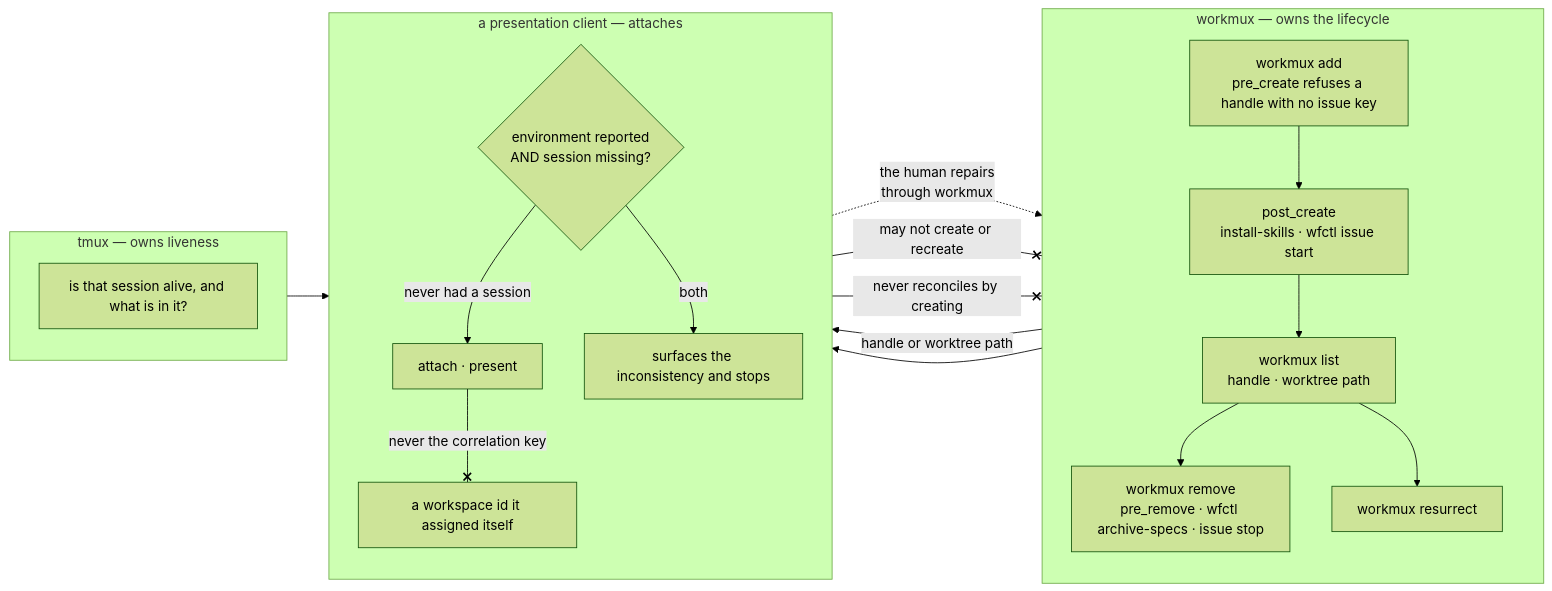
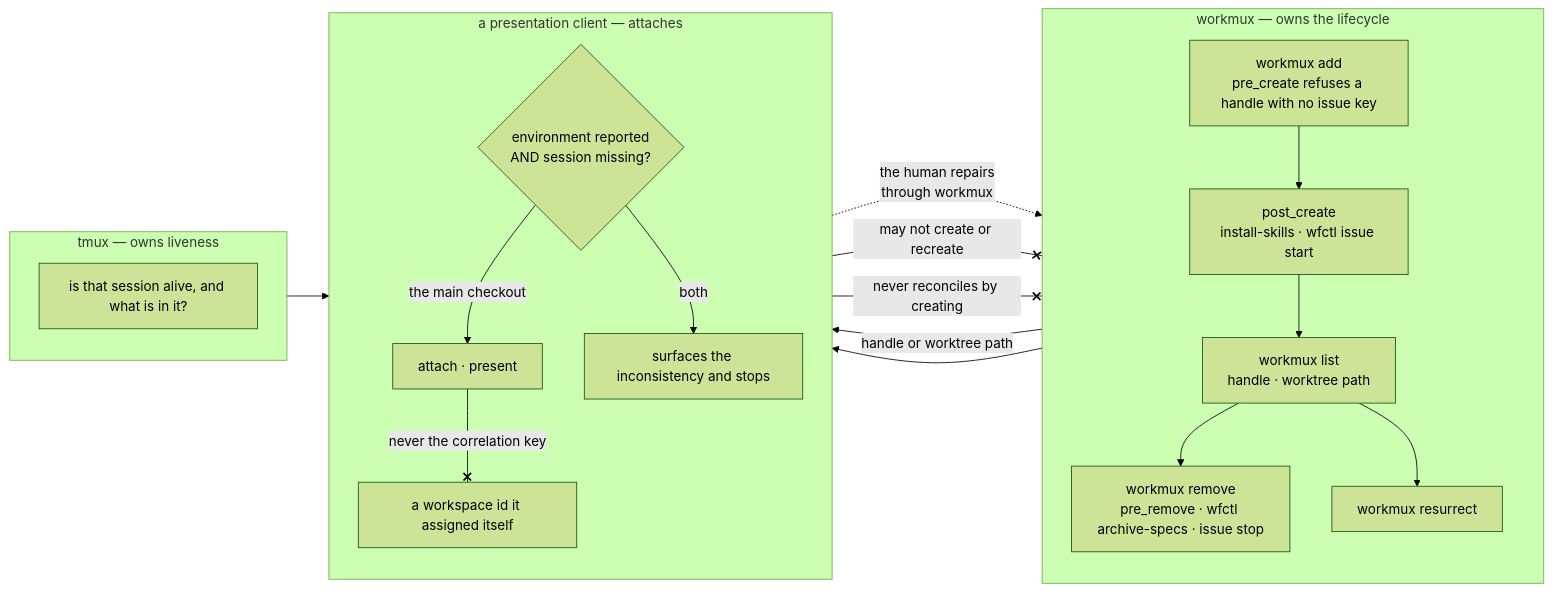
The diagram in docs/architecture/a-client-attaches-to-a-runtime-it-never-owns.md (aamarin/wfctl), drawn with Mermaid (forest theme) before and after one commit. The commit also changed other lines of this file, not shown here.

````diff
--- a/docs/architecture/a-client-attaches-to-a-runtime-it-never-owns.md
+++ b/docs/architecture/a-client-attaches-to-a-runtime-it-never-owns.md
@@ -138,33 +144,33 @@
 ```mermaid
 flowchart LR
     subgraph workmux["workmux — owns the lifecycle"]
         direction TB
         C["workmux add<br>pre_create refuses a handle with no issue key"]
         P["post_create<br>install-skills · wfctl issue start"]
         L["workmux list<br>handle · worktree path"]
         R["workmux remove<br>pre_remove · wfctl archive-specs · issue stop"]
         V["workmux resurrect"]
         C --> P --> L --> R
         L --> V
     end
     subgraph tmux["tmux — owns liveness"]
         direction TB
         S["is that session alive, and what is in it?"]
     end
     subgraph client["a presentation client — attaches"]
         direction TB
         A["attach · present"]
         G{"environment reported<br>AND session missing?"}
         I["surfaces the inconsistency and stops"]
         K["a workspace id it assigned itself"]
     end
     L -->|"handle or worktree path"| A
     L --> G
     S --> G
     G -->|"both"| I
-    G -->|"never had a session"| A
+    G -->|"the main checkout"| A
     I -.->|"the human repairs<br>through workmux"| V
     A --x|"may not create or recreate"| C
     I --x|"never reconciles by creating"| C
     A --x|"never the correlation key"| K
 ```
````
